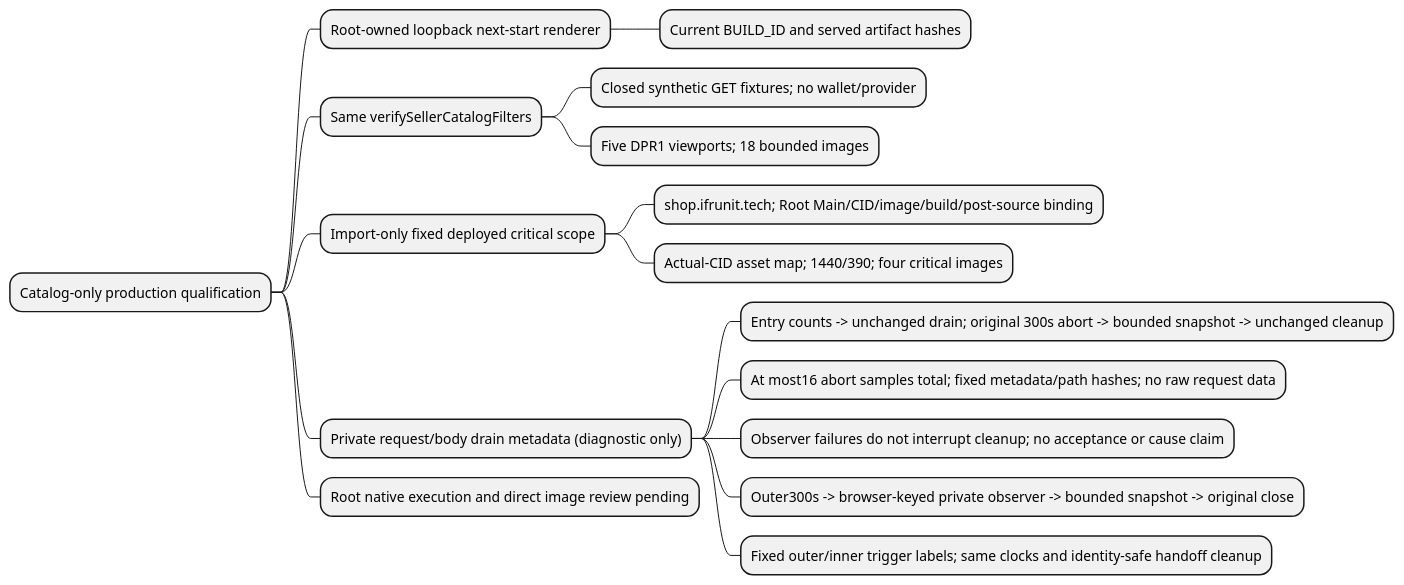
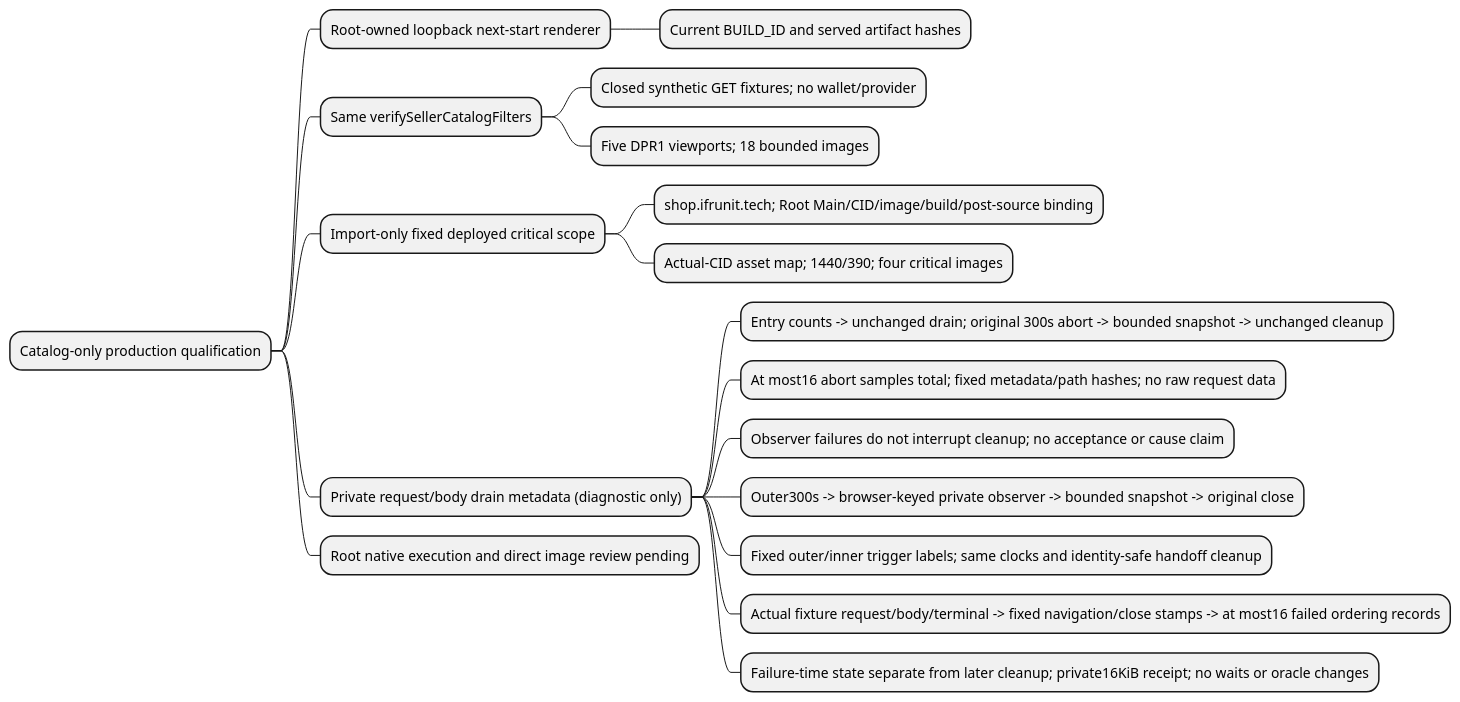
One commit to NeaBouli/inferno changed diagram 26 of 26 in docs/architecture/map.puml. Above: the diagram before and after it, drawn with PlantUML. The commit also changed 3 other files, not shown here.

Commit message:
test(catalog): record bounded body lifecycle ordering

```diff
--- a/docs/architecture/map.puml
+++ b/docs/architecture/map.puml
@@ -414,18 +414,20 @@
 @startmindmap catalog_production_qualification_419
 * Catalog-only production qualification
 ** Root-owned loopback next-start renderer
 *** Current BUILD_ID and served artifact hashes
 ** Same verifySellerCatalogFilters
 *** Closed synthetic GET fixtures; no wallet/provider
 *** Five DPR1 viewports; 18 bounded images
 ** Import-only fixed deployed critical scope
 *** shop.ifrunit.tech; Root Main/CID/image/build/post-source binding
 *** Actual-CID asset map; 1440/390; four critical images
 ** Private request/body drain metadata (diagnostic only)
 *** Entry counts -> unchanged drain; original 300s abort -> bounded snapshot -> unchanged cleanup
 *** At most16 abort samples total; fixed metadata/path hashes; no raw request data
 *** Observer failures do not interrupt cleanup; no acceptance or cause claim
 *** Outer300s -> browser-keyed private observer -> bounded snapshot -> original close
 *** Fixed outer/inner trigger labels; same clocks and identity-safe handoff cleanup
+*** Actual fixture request/body/terminal -> fixed navigation/close stamps -> at most16 failed ordering records
+*** Failure-time state separate from later cleanup; private16KiB receipt; no waits or oracle changes
 ** Root native execution and direct image review pending
 @endmindmap
```
